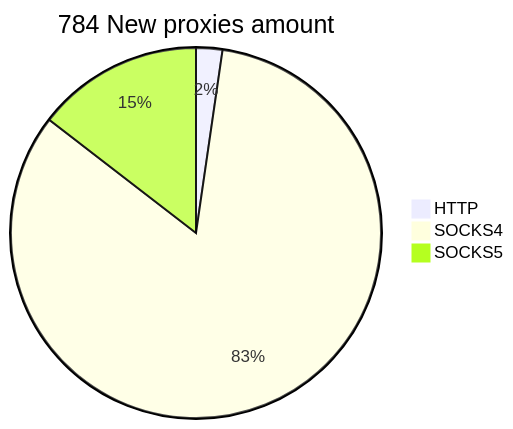
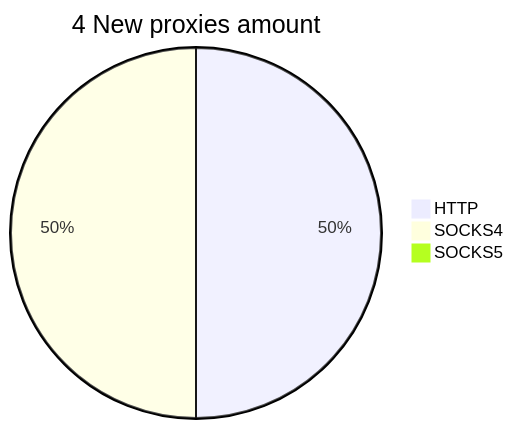
The second of 2 diagrams in README.md (cutipu/proxylist), drawn with Mermaid before and after one commit. The commit also changed other lines of this file, not shown here.

````diff
--- a/README.md
+++ b/README.md
@@ -10,6 +10,6 @@
 ```mermaid
-pie title 784 New proxies amount
-    "HTTP" : 18
-    "SOCKS4" : 652
-    "SOCKS5" : 114
+pie title 4 New proxies amount
+    "HTTP" : 2
+    "SOCKS4" : 2
+    "SOCKS5" : 0
 ```
````
